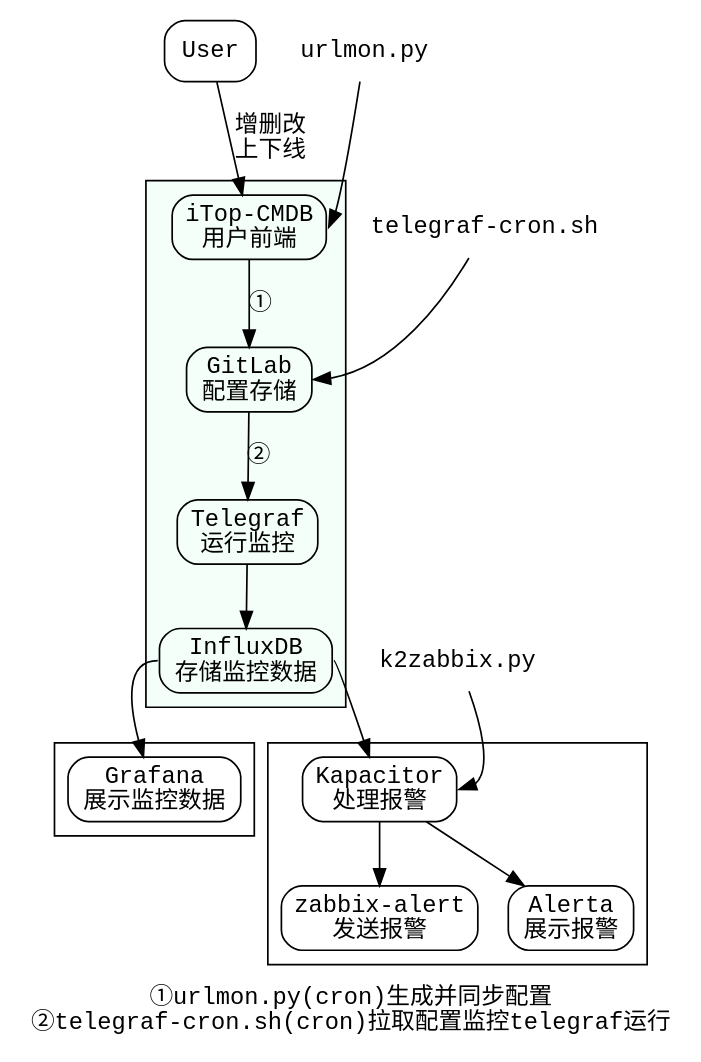
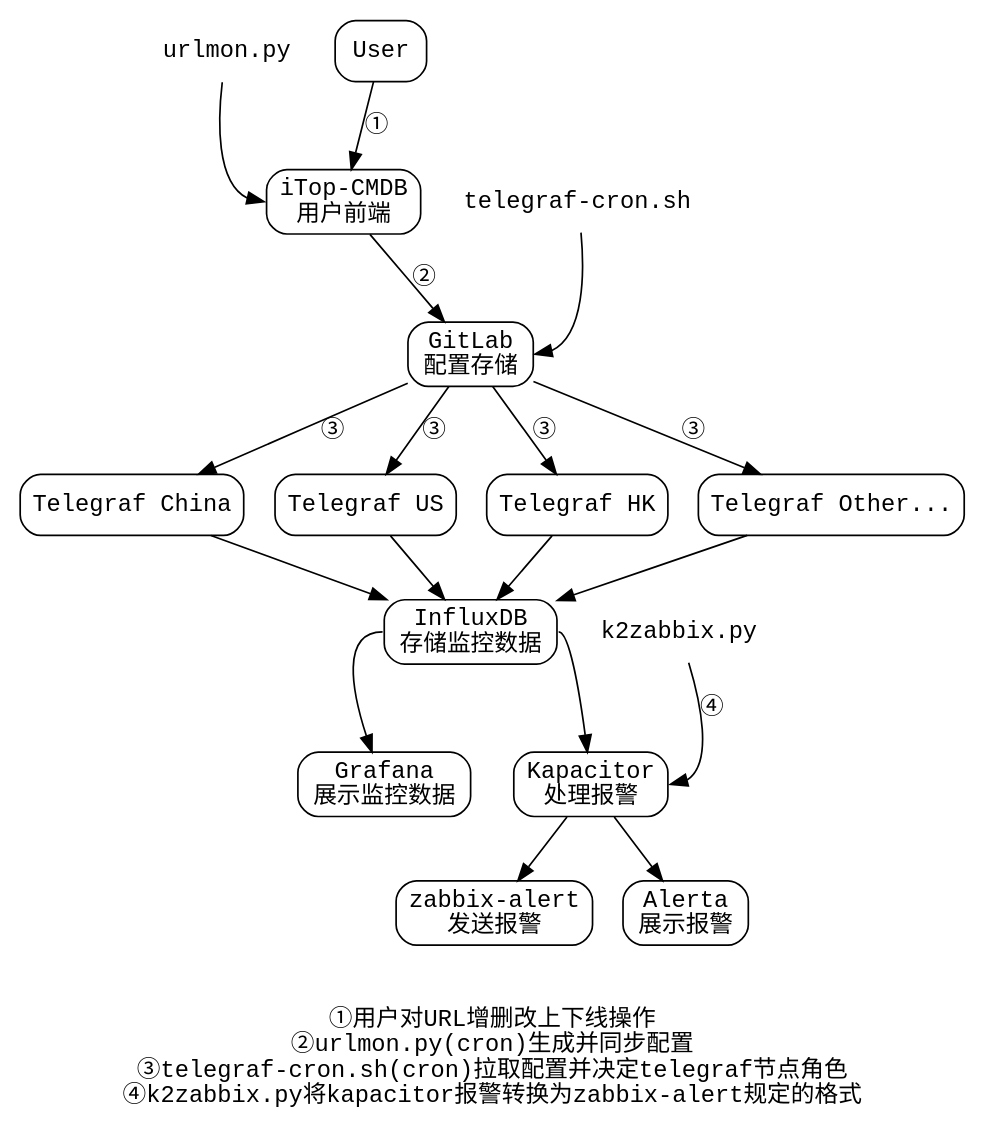
The diagram in monitor/img/url_monitor.dot (annProg/mydoc), drawn with Graphviz before and after one commit. The commit also changed 5 other files, not shown here.

Commit message:
add url_monitor_with_itop_telegraf_influxdb

```diff
--- a/monitor/img/url_monitor.dot
+++ b/monitor/img/url_monitor.dot
@@ -1,47 +1,46 @@
 digraph url_monitor {
 	rank="same";
 	fontname = "Courier New, SimSun";
 	node [shape=Mrecord,fontname="MONACO,Courier New,SimSun"];
 	edge [fontname="Courier New,SimSun"];
 
 	user[label="User"];
+	cmdb[label="iTop-CMDB\n用户前端"];
+	gitlab[label="GitLab\n配置存储"];
+	cmdb->gitlab[label="②"];
+
+	subgraph cluster_collect {
+		telegraf1[label="Telegraf China"];
+		telegraf2[label="Telegraf US"];
+		telegraf3[label="Telegraf HK"];
+		telegraf4[label="Telegraf Other..."];
+	}
+	gitlab->{telegraf1,telegraf2,telegraf3,telegraf4}[label="③"];
+	{telegraf1,telegraf2,telegraf3,telegraf4}->influxdb;
 	
-	subgraph cluster_collect {
-		rank="same";
-		style="filled";
-		bgcolor="mintcream";
-		cmdb[label="iTop-CMDB\n用户前端"];
-		gitlab[label="GitLab\n配置存储"];
-		telegraf[label="Telegraf\n运行监控"];
-		influxdb[label="InfluxDB\n存储监控数据"];
-		cmdb->gitlab[label="①"];
-		gitlab->telegraf[label="②"];
-		telegraf->influxdb;
-	}
+	influxdb[label="InfluxDB\n存储监控数据"];
+
+	grafana[label="Grafana\n展示监控数据"];
 	
-	subgraph cluster_show {
-		grafana[label="Grafana\n展示监控数据"];
-	}
+	kapacitor[label="Kapacitor\n处理报警"];
+	zabbix_alert[label="zabbix-alert\n发送报警"];
+	alerta[label="Alerta\n展示报警"];
 	
-	subgraph cluster_alert {
-		kapacitor[label="Kapacitor\n处理报警"];
-		zabbix_alert[label="zabbix-alert\n发送报警"];
-		alerta[label="Alerta\n展示报警"];
-	}
-	
-	user->cmdb[label="增删改\n上下线"];
+	user->cmdb[label="①"];
 	influxdb:e->kapacitor;
 	kapacitor->zabbix_alert;
 	
 	kapacitor->alerta;
 	influxdb:w->grafana;
 	
 	urlmon[label="urlmon.py",shape="none"];
 	telegraf_cron[label="telegraf-cron.sh",shape="none"];
 	k2zabbix[label="k2zabbix.py",shape="none"];
-	urlmon->cmdb:e[rank="same"];
-	k2zabbix->kapacitor:e;
+	urlmon->cmdb:w[rank="same"];
+	k2zabbix->kapacitor:e[label="④"];
 	telegraf_cron->gitlab:e;
-	label="①urlmon.py(cron)生成并同步配置\n②telegraf-cron.sh(cron)拉取配置监控telegraf运行"
-
+	label="\n\n①用户对URL增删改上下线操作
+②urlmon.py(cron)生成并同步配置
+③telegraf-cron.sh(cron)拉取配置并决定telegraf节点角色
+④k2zabbix.py将kapacitor报警转换为zabbix-alert规定的格式"
 }
```
